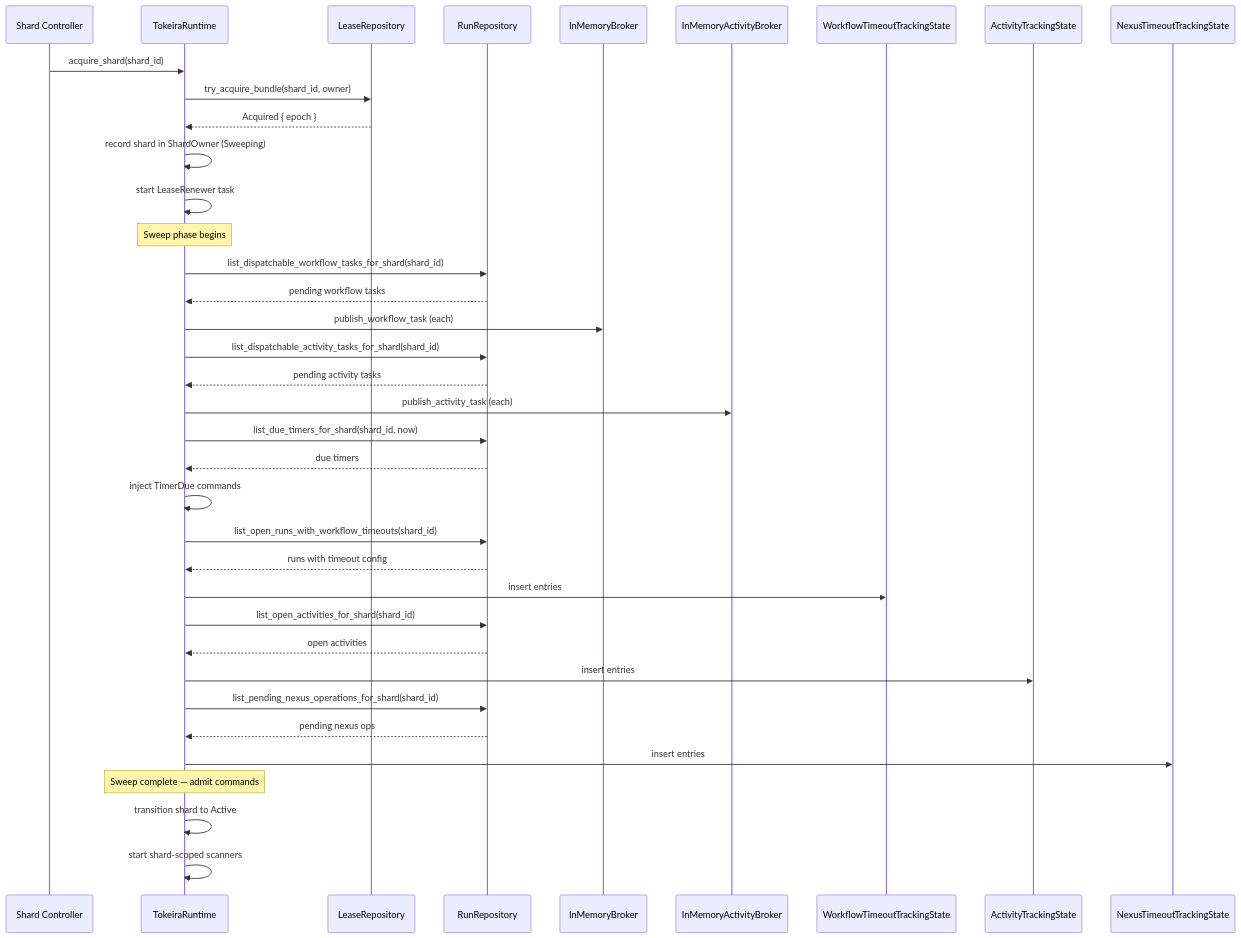
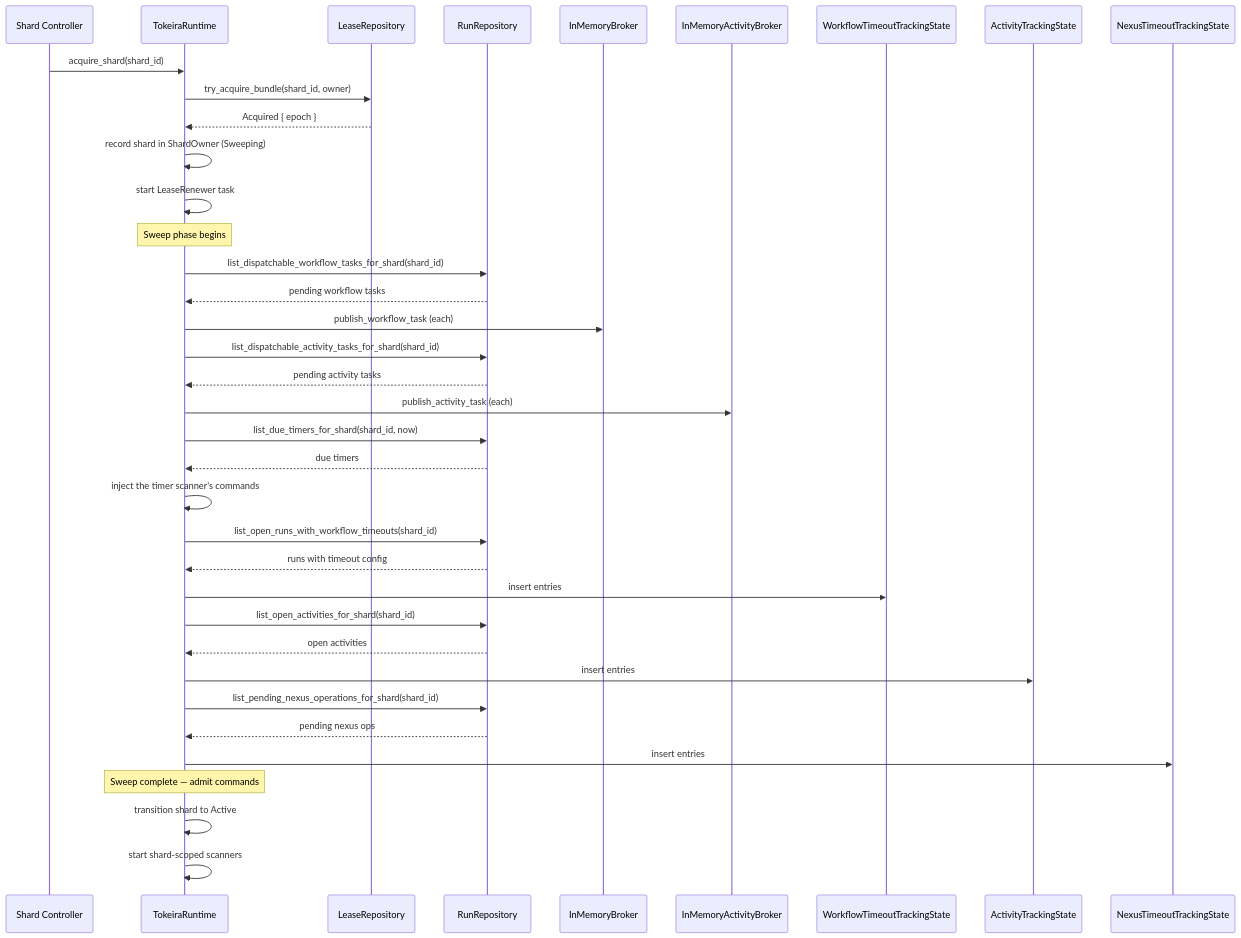
The first of 2 diagrams in .kiro/specs/runtime-sweeper-recovery/design.md (tokeira/tokeira), drawn with Mermaid before and after one commit. The commit also changed other lines of this file and 2 other files, not shown here.

First line of the commit message:
spec(runtime): fire due timers in the sweep as the timer scanner does

````diff
--- a/.kiro/specs/runtime-sweeper-recovery/design.md
+++ b/.kiro/specs/runtime-sweeper-recovery/design.md
@@ -32,47 +32,47 @@
 ```mermaid
 sequenceDiagram
     participant Controller as Shard Controller
     participant Runtime as TokeiraRuntime
     participant Lease as LeaseRepository
     participant Store as RunRepository
     participant Broker as InMemoryBroker
     participant ABroker as InMemoryActivityBroker
     participant WTS as WorkflowTimeoutTrackingState
     participant ATS as ActivityTrackingState
     participant NTS as NexusTimeoutTrackingState
 
     Controller->>Runtime: acquire_shard(shard_id)
     Runtime->>Lease: try_acquire_bundle(shard_id, owner)
     Lease-->>Runtime: Acquired { epoch }
     Runtime->>Runtime: record shard in ShardOwner (Sweeping)
     Runtime->>Runtime: start LeaseRenewer task
 
     Note over Runtime: Sweep phase begins
     Runtime->>Store: list_dispatchable_workflow_tasks_for_shard(shard_id)
     Store-->>Runtime: pending workflow tasks
     Runtime->>Broker: publish_workflow_task (each)
 
     Runtime->>Store: list_dispatchable_activity_tasks_for_shard(shard_id)
     Store-->>Runtime: pending activity tasks
     Runtime->>ABroker: publish_activity_task (each)
 
     Runtime->>Store: list_due_timers_for_shard(shard_id, now)
     Store-->>Runtime: due timers
-    Runtime->>Runtime: inject TimerDue commands
+    Runtime->>Runtime: inject the timer scanner's commands
 
     Runtime->>Store: list_open_runs_with_workflow_timeouts(shard_id)
     Store-->>Runtime: runs with timeout config
     Runtime->>WTS: insert entries
 
     Runtime->>Store: list_open_activities_for_shard(shard_id)
     Store-->>Runtime: open activities
     Runtime->>ATS: insert entries
 
     Runtime->>Store: list_pending_nexus_operations_for_shard(shard_id)
     Store-->>Runtime: pending nexus ops
     Runtime->>NTS: insert entries
 
     Note over Runtime: Sweep complete — admit commands
     Runtime->>Runtime: transition shard to Active
     Runtime->>Runtime: start shard-scoped scanners
 ```
````
